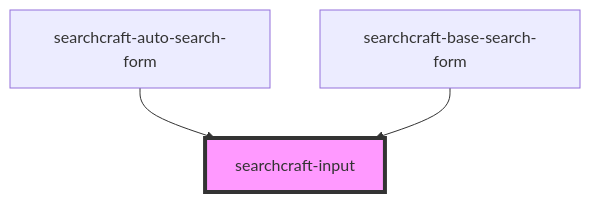
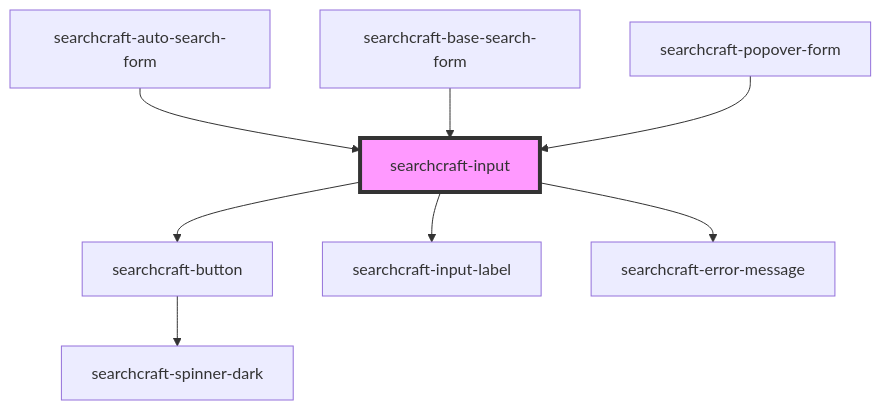
The diagram in packages/javascript-sdk/src/components/searchcraft-input/readme.md (searchcraft-inc/searchcraft-javascript-sdks), drawn with Mermaid before and after one commit. The commit also changed other lines of this file and 24 other files, not shown here.

Commit message:
Refactors searchcraft-input to prep for popover component re:SC-554

````diff
--- a/packages/javascript-sdk/src/components/searchcraft-input/readme.md
+++ b/packages/javascript-sdk/src/components/searchcraft-input/readme.md
@@ -39,6 +48,11 @@
 ```mermaid
 graph TD;
+  searchcraft-input --> searchcraft-button
+  searchcraft-input --> searchcraft-input-label
+  searchcraft-input --> searchcraft-error-message
+  searchcraft-button --> searchcraft-spinner-dark
   searchcraft-auto-search-form --> searchcraft-input
   searchcraft-base-search-form --> searchcraft-input
+  searchcraft-popover-form --> searchcraft-input
   style searchcraft-input fill:#f9f,stroke:#333,stroke-width:4px
 ```
````
